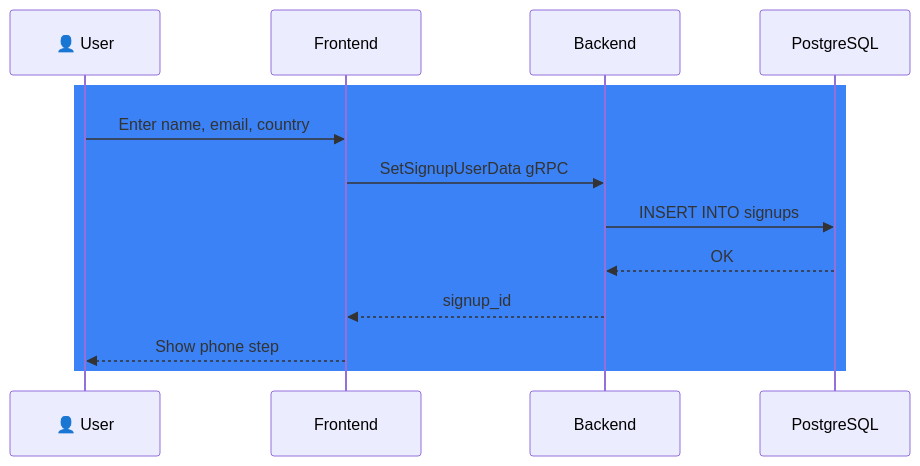
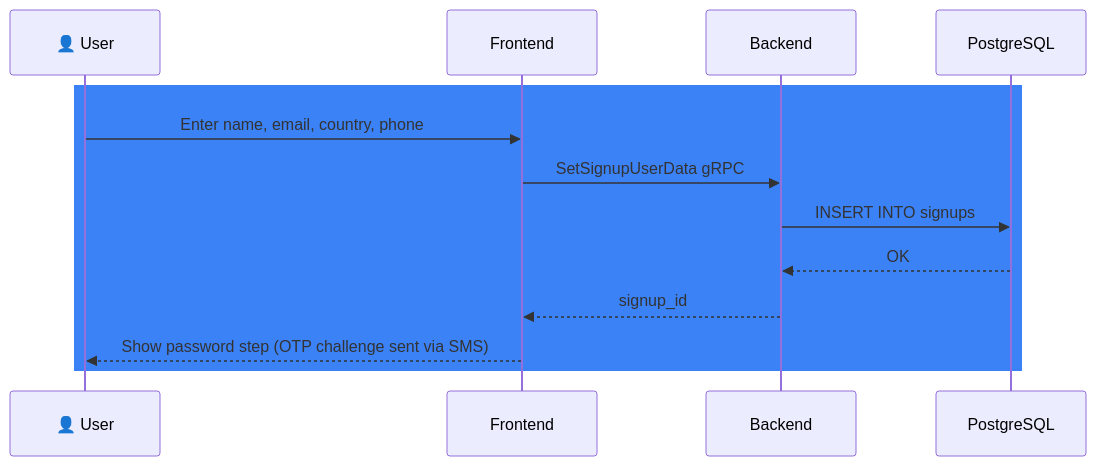
Before and after one commit to interledger/interledger-app: the first of 6 diagrams in documentation/docs/signup-guide.md, drawn with Mermaid. The commit also changed other lines of this file, not shown here.

Commit message:
feat(docs): update documentation for the signup flow

````diff
--- a/documentation/docs/signup-guide.md
+++ b/documentation/docs/signup-guide.md
@@ -41,16 +40,16 @@
 ```mermaid
 sequenceDiagram
     participant U as 👤 User
     participant FE as Frontend
     participant BE as Backend
     participant DB as PostgreSQL
 
     rect rgb(59, 130, 246)
-    U->>FE: Enter name, email, country
+    U->>FE: Enter name, email, country, phone
     FE->>BE: SetSignupUserData gRPC
     BE->>DB: INSERT INTO signups
     DB-->>BE: OK
     BE-->>FE: signup_id
-    FE-->>U: Show phone step
+    FE-->>U: Show password step (OTP challenge sent via SMS)
     end
 ```
````
